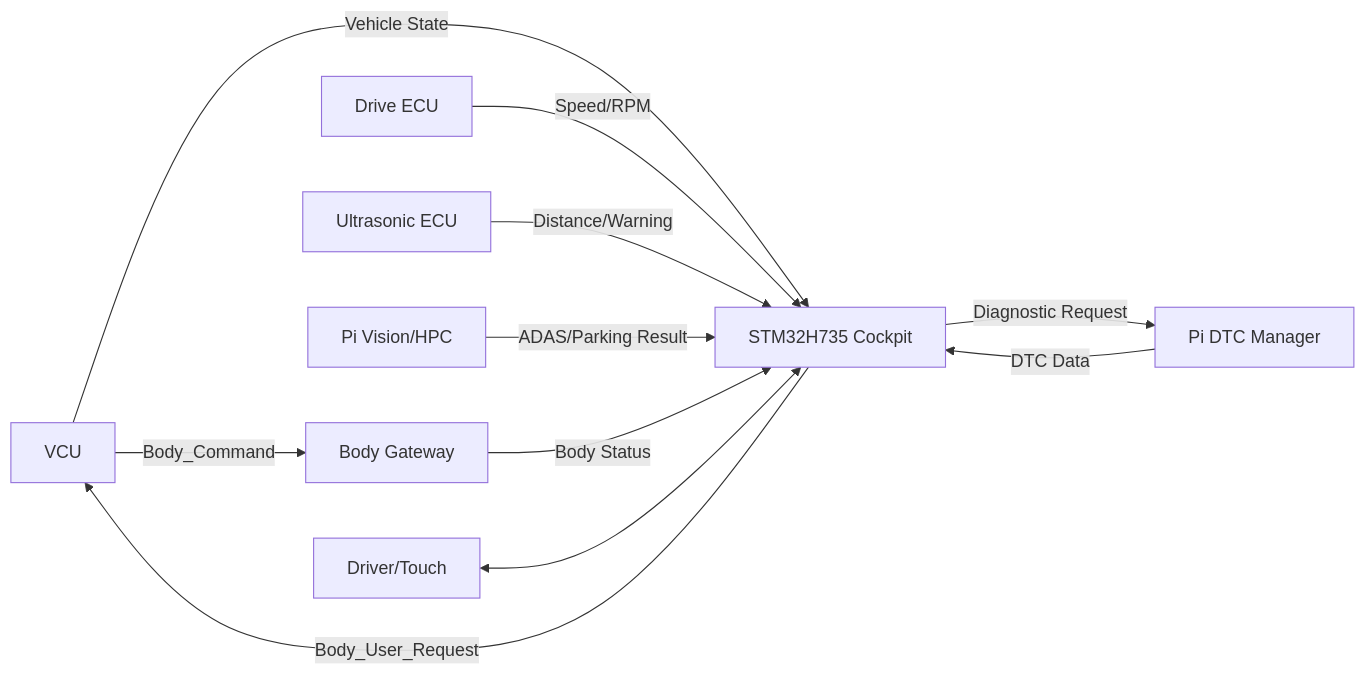
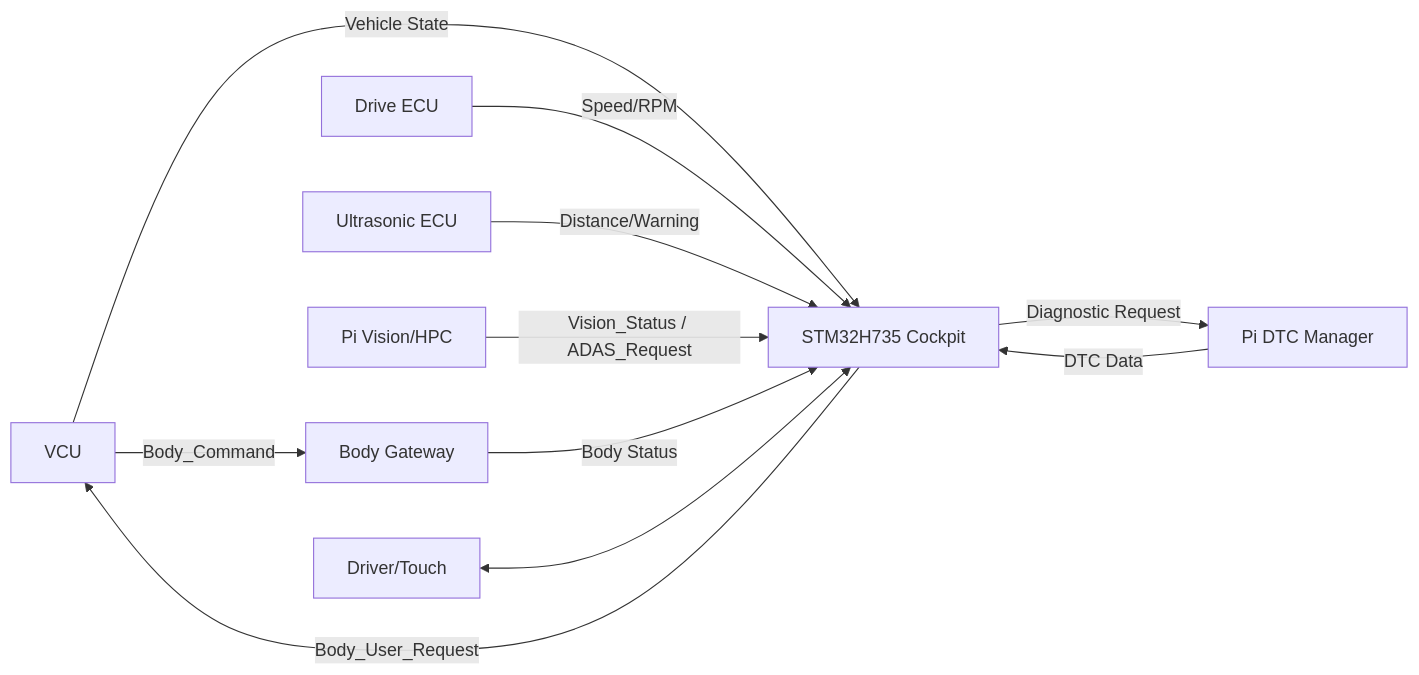
Before and after one commit to sunmaan22/SDV_MCU_Project: the first of 5 diagrams in docs/ecus/IVI/ARCHITECTURE.md, drawn with Mermaid. The commit also changed other lines of this file and 28 other files, not shown here.

````diff
--- a/docs/ecus/IVI/ARCHITECTURE.md
+++ b/docs/ecus/IVI/ARCHITECTURE.md
@@ -107,13 +110,13 @@
 ```mermaid
 flowchart LR
     VCU[VCU] -->|Vehicle State| HMI[STM32H735 Cockpit]
     DRIVE[Drive ECU] -->|Speed/RPM| HMI
     US[Ultrasonic ECU] -->|Distance/Warning| HMI
-    HPC[Pi Vision/HPC] -->|ADAS/Parking Result| HMI
+    HPC[Pi Vision/HPC] -->|Vision_Status / ADAS_Request| HMI
     BODY[Body Gateway] -->|Body Status| HMI
     DTC[Pi DTC Manager] -->|DTC Data| HMI
     HMI -->|Body_User_Request| VCU
     VCU -->|Body_Command| BODY
     HMI -->|Diagnostic Request| DTC
     DRIVER[Driver/Touch] <--> HMI
 ```
````
